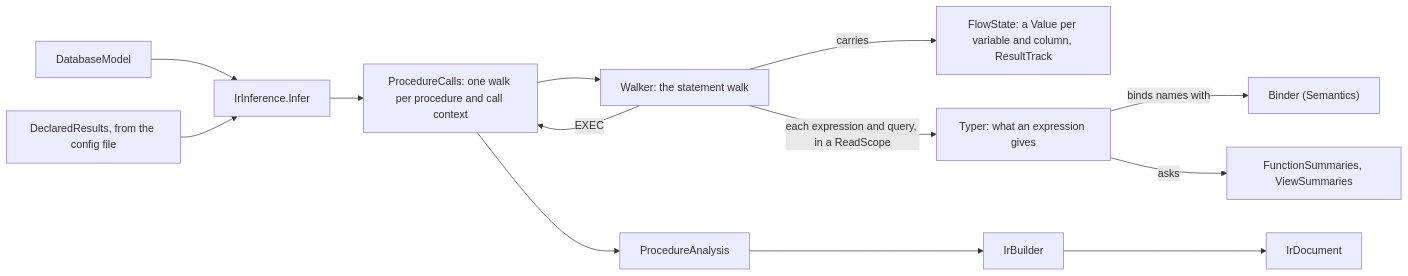
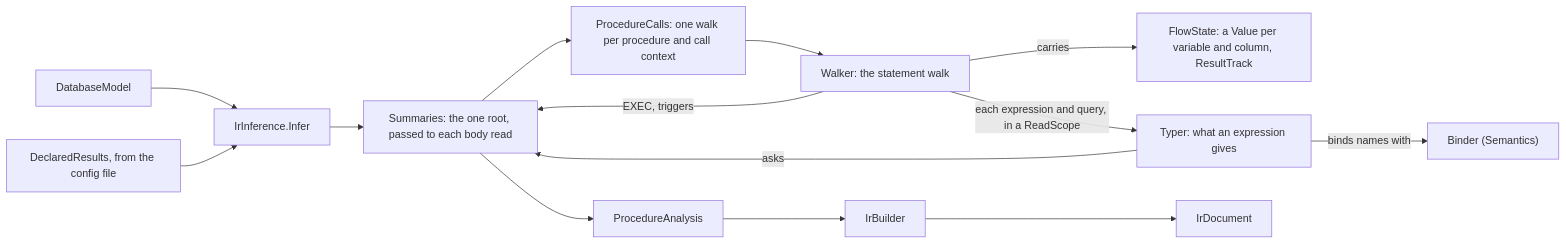
One commit to haruspex-tools/haruspex changed the diagram in src/Haruspex.SqlServer.Inference/README.md. Above: the diagram before and after it, drawn with Mermaid. The commit also changed other lines of this file and 13 other files, not shown here.

First line of the commit message:
One Summaries root built in IrInference; no summary holds another

````diff
--- a/src/Haruspex.SqlServer.Inference/README.md
+++ b/src/Haruspex.SqlServer.Inference/README.md
@@ -15,15 +15,16 @@
 ```mermaid
 flowchart LR
     model["DatabaseModel"] --> infer["IrInference.Infer"]
     declared["DeclaredResults, from the config file"] --> infer
-    infer --> calls["ProcedureCalls: one walk per procedure and call context"]
+    infer --> root["Summaries: the one root, passed to each body read"]
+    root --> calls["ProcedureCalls: one walk per procedure and call context"]
     calls --> walk["Walker: the statement walk"]
     walk -->|carries| state["FlowState: a Value per variable and column, ResultTrack"]
     walk -->|"each expression and query, in a ReadScope"| typer["Typer: what an expression gives"]
     typer -->|binds names with| binder["Binder (Semantics)"]
-    typer -->|asks| summaries["FunctionSummaries, ViewSummaries"]
-    walk -->|EXEC| calls
-    calls --> analysis["ProcedureAnalysis"]
+    typer -->|asks| root
+    walk -->|"EXEC, triggers"| root
+    root --> analysis["ProcedureAnalysis"]
     analysis --> builder["IrBuilder"]
     builder --> document["IrDocument"]
 ```
````
